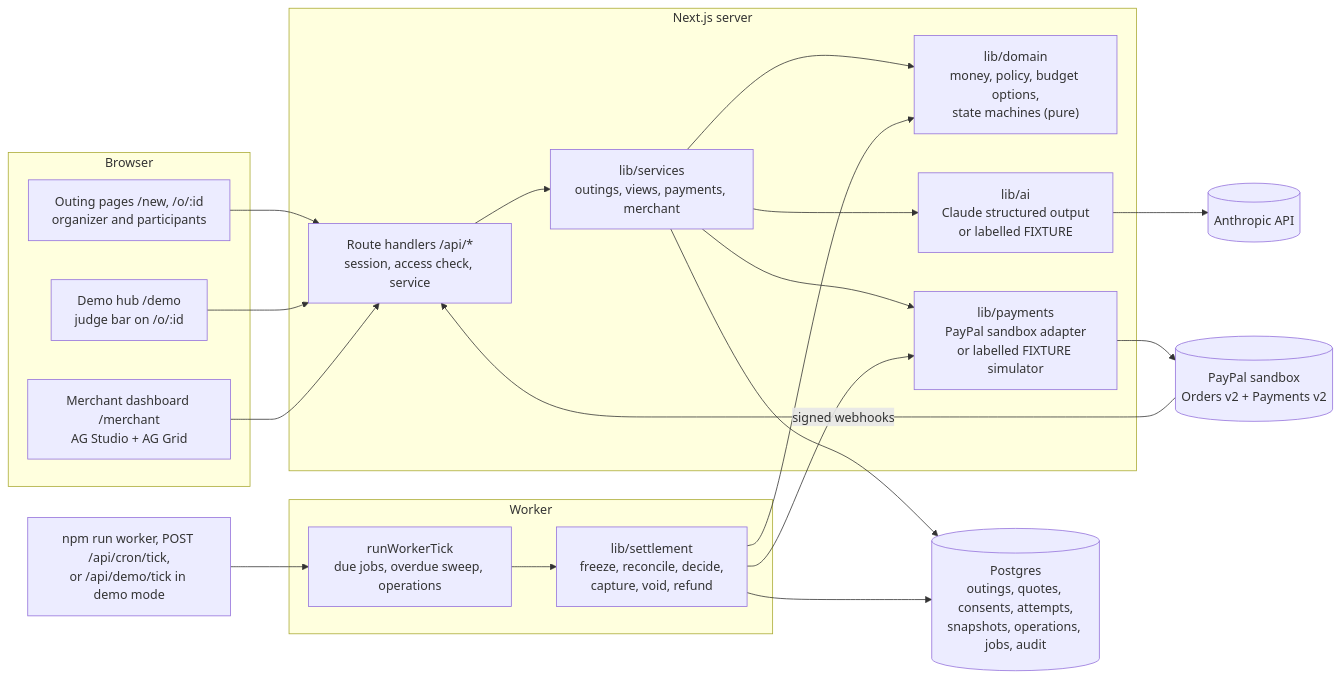
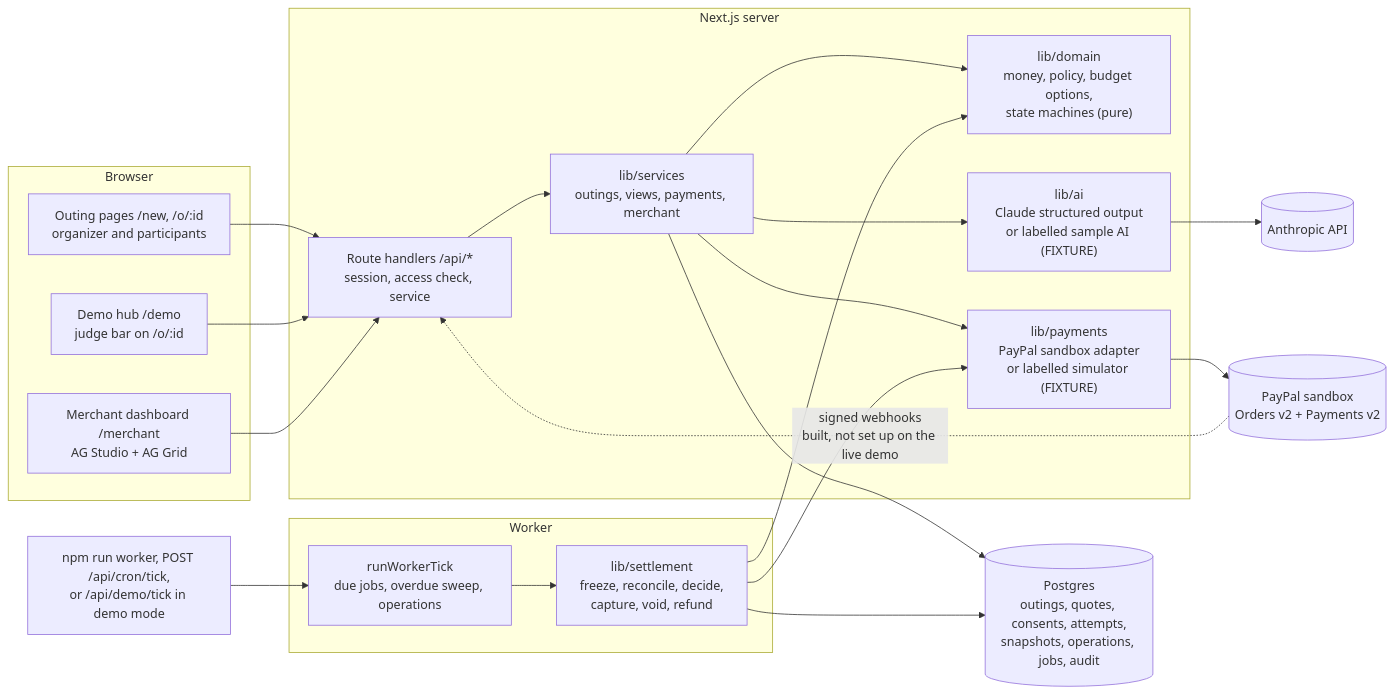
Before and after one commit to Baymoor/PayPal-AI-Hackathon-2026: the first of 3 diagrams in docs/ARCHITECTURE.md, drawn with Mermaid. The commit also changed other lines of this file and 19 other files, not shown here.

````diff
--- a/docs/ARCHITECTURE.md
+++ b/docs/ARCHITECTURE.md
@@ -7,35 +7,35 @@
 ```mermaid
 flowchart LR
   subgraph Browser
     P["Outing pages /new, /o/:id<br/>organizer and participants"]
     D["Demo hub /demo<br/>judge bar on /o/:id"]
     M["Merchant dashboard /merchant<br/>AG Studio + AG Grid"]
   end
   subgraph Server [Next.js server]
     API["Route handlers /api/*<br/>session, access check, service"]
     SVC["lib/services<br/>outings, views, payments, merchant"]
     DOM["lib/domain<br/>money, policy, budget options,<br/>state machines (pure)"]
-    AI["lib/ai<br/>Claude structured output<br/>or labelled FIXTURE"]
-    PAY["lib/payments<br/>PayPal sandbox adapter<br/>or labelled FIXTURE simulator"]
+    AI["lib/ai<br/>Claude structured output<br/>or labelled sample AI (FIXTURE)"]
+    PAY["lib/payments<br/>PayPal sandbox adapter<br/>or labelled simulator (FIXTURE)"]
   end
   subgraph Worker
     TICK["runWorkerTick<br/>due jobs, overdue sweep, operations"]
     SET["lib/settlement<br/>freeze, reconcile, decide,<br/>capture, void, refund"]
   end
   CRON["npm run worker, POST /api/cron/tick,<br/>or /api/demo/tick in demo mode"]
   DB[("Postgres<br/>outings, quotes, consents, attempts,<br/>snapshots, operations, jobs, audit")]
   PP[("PayPal sandbox<br/>Orders v2 + Payments v2")]
   AN[("Anthropic API")]
 
   P --> API
   D --> API
   M --> API
   API --> SVC --> DOM
   SVC --> AI --> AN
   SVC --> PAY --> PP
   SVC --> DB
   CRON --> TICK --> SET --> DOM
   SET --> PAY
   SET --> DB
-  PP -- signed webhooks --> API
+  PP -.->|"signed webhooks<br/>built, not set up on the live demo"| API
 ```
````
